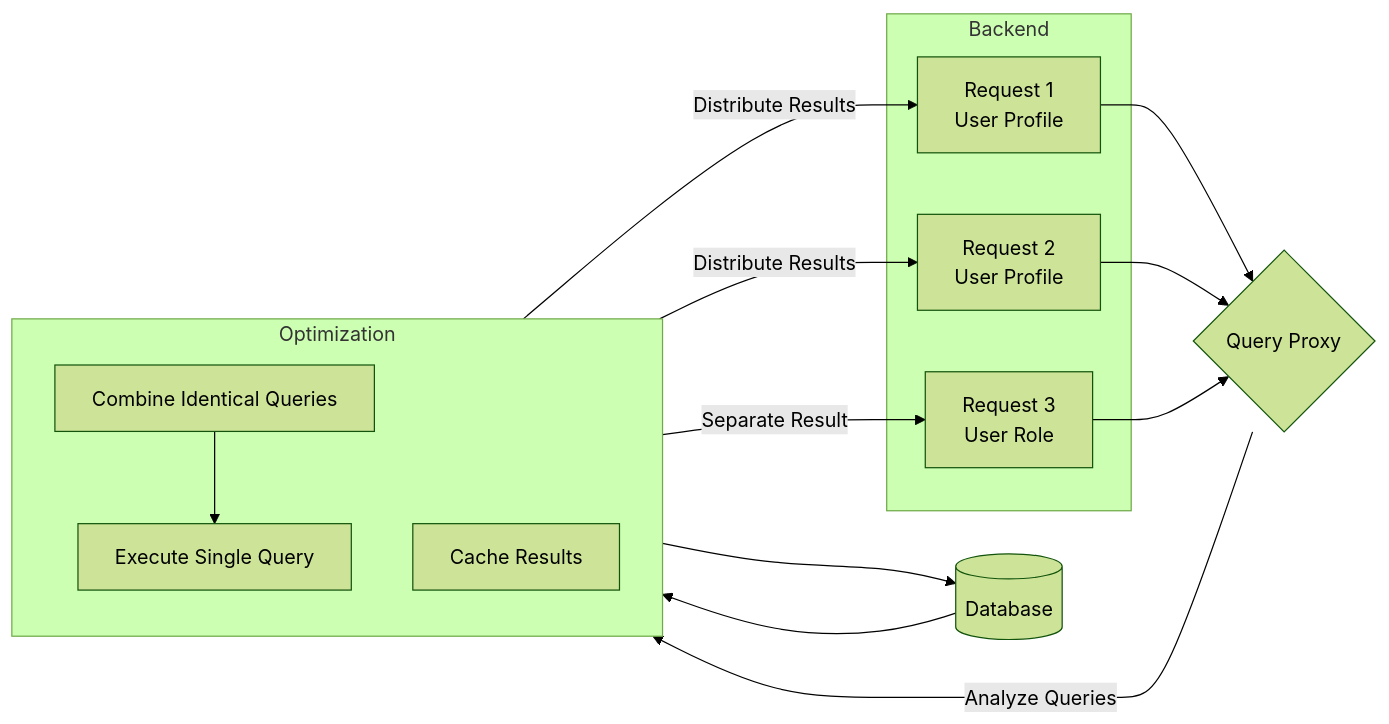
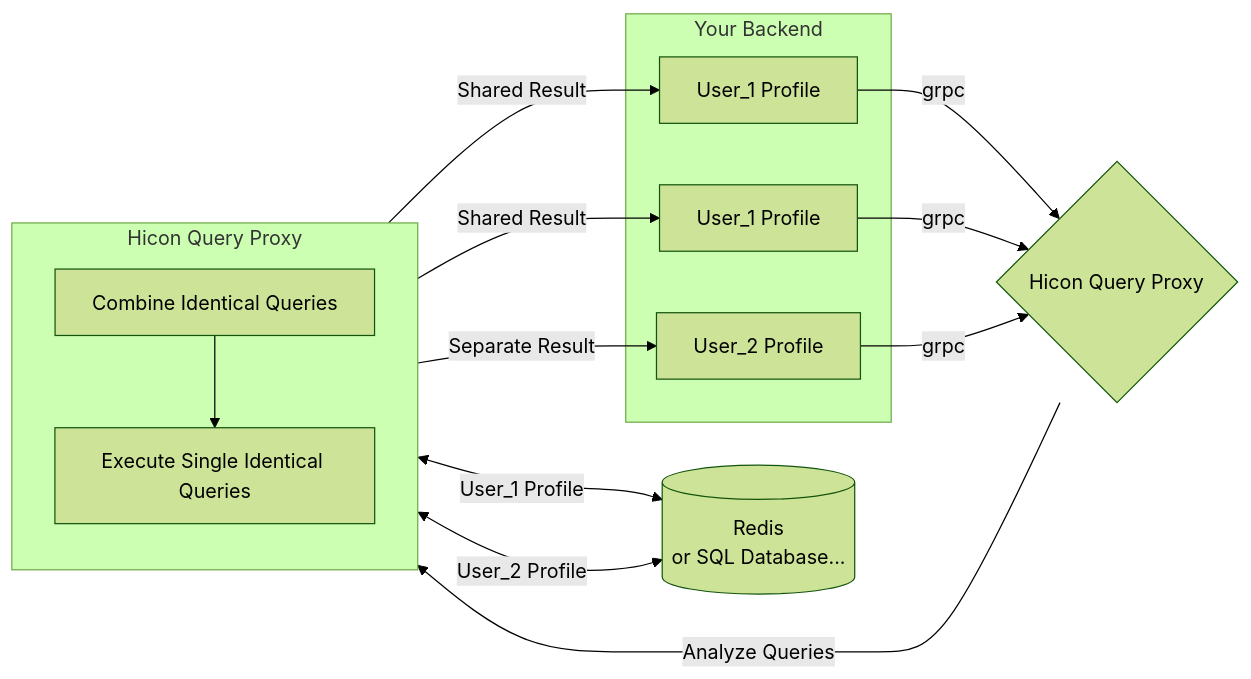
The diagram in query-proxy-flow.mermaid (vothanhdo2602/hicon-go), drawn with Mermaid (forest theme) before and after one commit. The commit also changed 18 other files, not shown here.

```diff
--- a/query-proxy-flow.mermaid
+++ b/query-proxy-flow.mermaid
@@ -1,27 +1,25 @@
 flowchart LR
-    subgraph Backend
-        B1[Request 1\nUser Profile]
-        B2[Request 2\nUser Profile]
-        B3[Request 3\nUser Role]
-    end
+subgraph Your Backend
+B1[User_1 Profile]
+B2[User_1 Profile]
+B3[User_2 Profile]
+end
 
-    QP{Query Proxy} 
-    
-    subgraph Optimization
-        direction TB
-        combine[Combine Identical Queries]
-        execute[Execute Single Query]
-        cache[Cache Results]
-    end
+QP{Hicon Query Proxy}
 
-    DB[(Database)]
+subgraph Hicon Query Proxy
+direction TB
+combine[Combine Identical Queries]
+execute[Execute Single Identical Queries]
+end
 
-    B1 & B2 --> QP
-    B3 --> QP
-    QP --> |Analyze Queries| Optimization
-    combine --> execute
-    execute --> DB
-    DB --> execute
-    execute --> |Distribute Results| B1
-    execute --> |Distribute Results| B2
-    execute --> |Separate Result| B3
+DB[(Redis\nor SQL Database...)]
+B1 & B2 -->|grpc| QP
+B3 -->|grpc| QP
+QP -->|Analyze Queries| combine
+combine --> execute
+execute <-->|User_1 Profile| DB
+execute <-->|User_2 Profile| DB
+execute -->|Shared Result| B1
+execute -->|Shared Result| B2
+execute -->|Separate Result| B3
```
